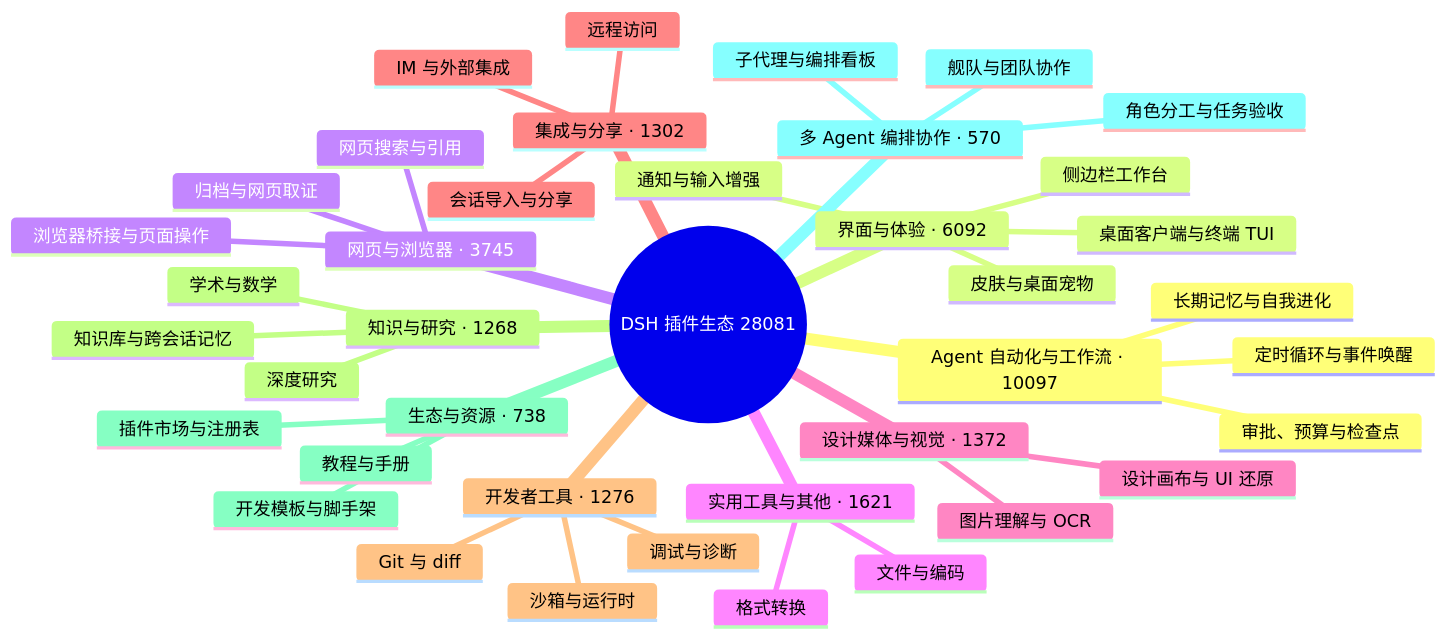
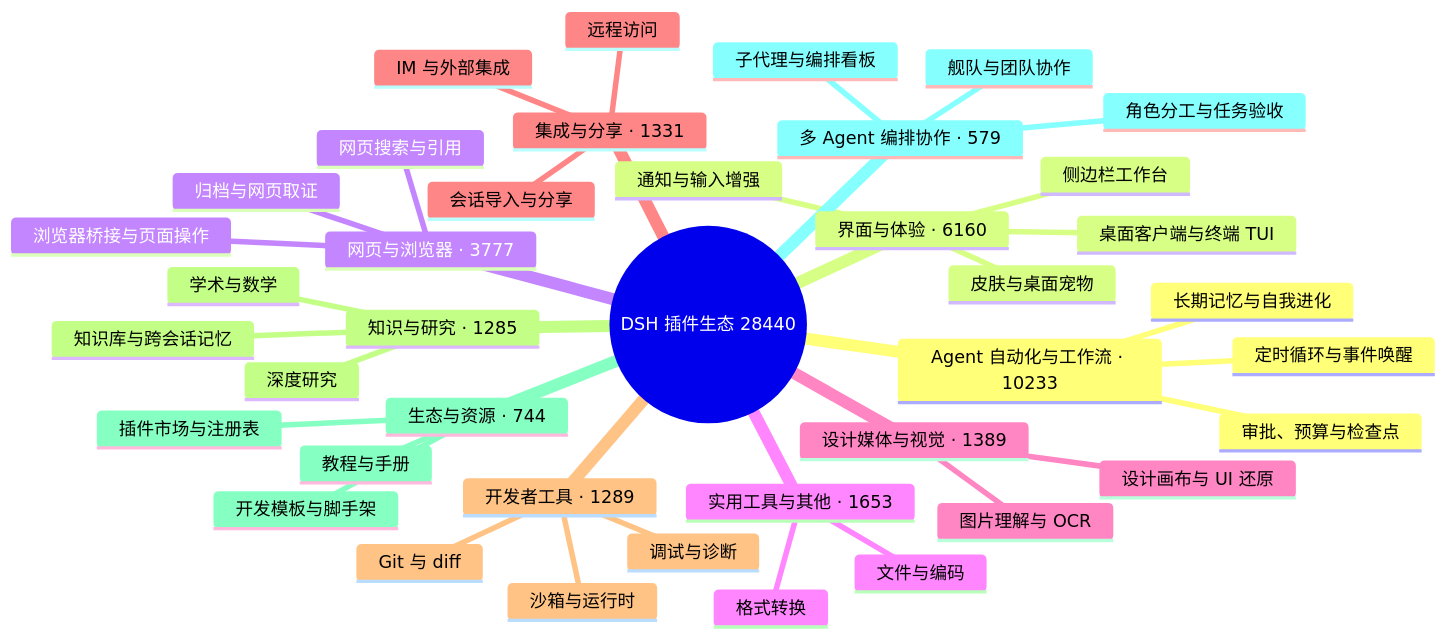
One commit to bruc3van/awesome-dsh-plugin changed the diagram in README.md. Above: the diagram before and after it, drawn with Mermaid. The commit also changed other lines of this file and 26 other files, not shown here.

````diff
--- a/README.md
+++ b/README.md
@@ -32,43 +32,43 @@
 ```mermaid
 mindmap
-  root((DSH 插件生态 28081))
-    Agent 自动化与工作流 · 10097
+  root((DSH 插件生态 28440))
+    Agent 自动化与工作流 · 10233
       定时循环与事件唤醒
       长期记忆与自我进化
       审批、预算与检查点
-    界面与体验 · 6092
+    界面与体验 · 6160
       桌面客户端与终端 TUI
       侧边栏工作台
       皮肤与桌面宠物
       通知与输入增强
-    网页与浏览器 · 3745
+    网页与浏览器 · 3777
       浏览器桥接与页面操作
       网页搜索与引用
       归档与网页取证
-    实用工具与其他 · 1621
+    实用工具与其他 · 1653
       文件与编码
       格式转换
-    设计媒体与视觉 · 1372
+    设计媒体与视觉 · 1389
       图片理解与 OCR
       设计画布与 UI 还原
-    集成与分享 · 1302
+    集成与分享 · 1331
       会话导入与分享
       远程访问
       IM 与外部集成
-    开发者工具 · 1276
+    开发者工具 · 1289
       Git 与 diff
       沙箱与运行时
       调试与诊断
-    知识与研究 · 1268
+    知识与研究 · 1285
       知识库与跨会话记忆
       深度研究
       学术与数学
-    生态与资源 · 738
+    生态与资源 · 744
       插件市场与注册表
       开发模板与脚手架
       教程与手册
-    多 Agent 编排协作 · 570
+    多 Agent 编排协作 · 579
       子代理与编排看板
       舰队与团队协作
       角色分工与任务验收
 ```
````
